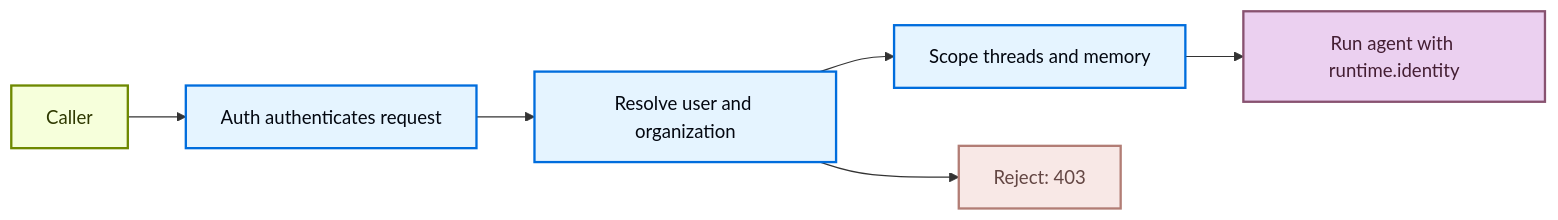
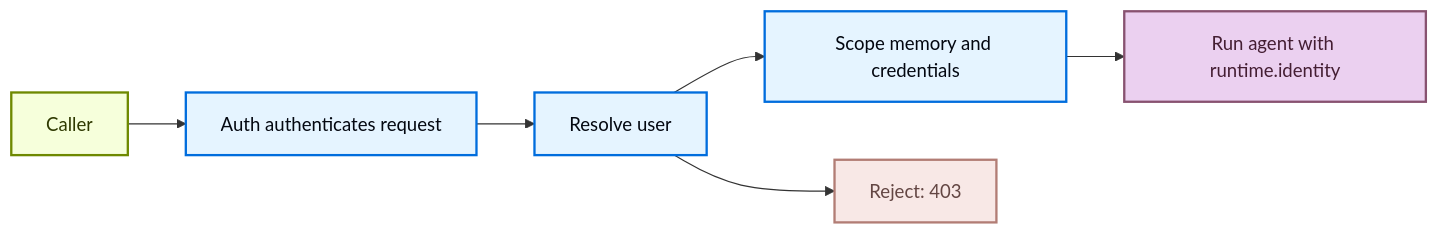
The diagram in src/langsmith/managed-deep-agents-identity.mdx (langchain-ai/docs), drawn with Mermaid before and after one commit. The commit also changed other lines of this file and 11 other files, not shown here.

````diff
--- a/src/langsmith/managed-deep-agents-identity.mdx
+++ b/src/langsmith/managed-deep-agents-identity.mdx
@@ -65,17 +62,17 @@
 ```mermaid
 flowchart LR
-    Caller["Caller"] --> Ingress["Auth authenticates request"]
-    Ingress --> Resolve["Resolve user and organization"]
-    Resolve --> Scope["Scope threads and memory"]
+    Caller["Caller"] --> Auth["Auth authenticates request"]
+    Auth --> Resolve["Resolve user"]
+    Resolve --> Scope["Scope memory and credentials"]
     Resolve --> Reject["Reject: 403"]
     Scope --> Run["Run agent with runtime.identity"]
 
     classDef process fill:#E5F4FF,stroke:#006DDD,stroke-width:2px,color:#030710;
     classDef trigger fill:#F6FFDB,stroke:#6E8900,stroke-width:2px,color:#2E3900;
     classDef output fill:#EBD0F0,stroke:#885270,stroke-width:2px,color:#441E33;
     classDef alert fill:#F8E8E6,stroke:#B27D75,stroke-width:2px,color:#634643;
     class Caller trigger;
-    class Ingress,Resolve,Scope process;
+    class Auth,Resolve,Scope process;
     class Run output;
     class Reject alert;
 ```
````
